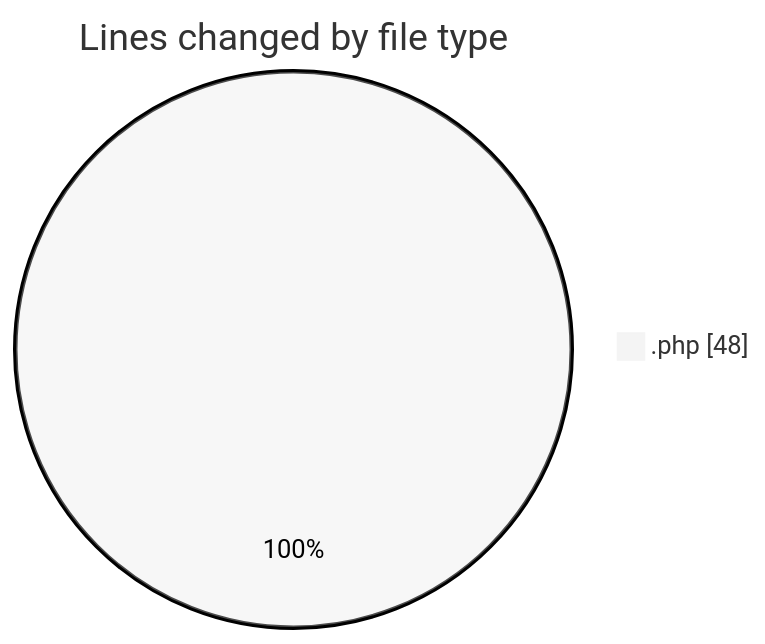
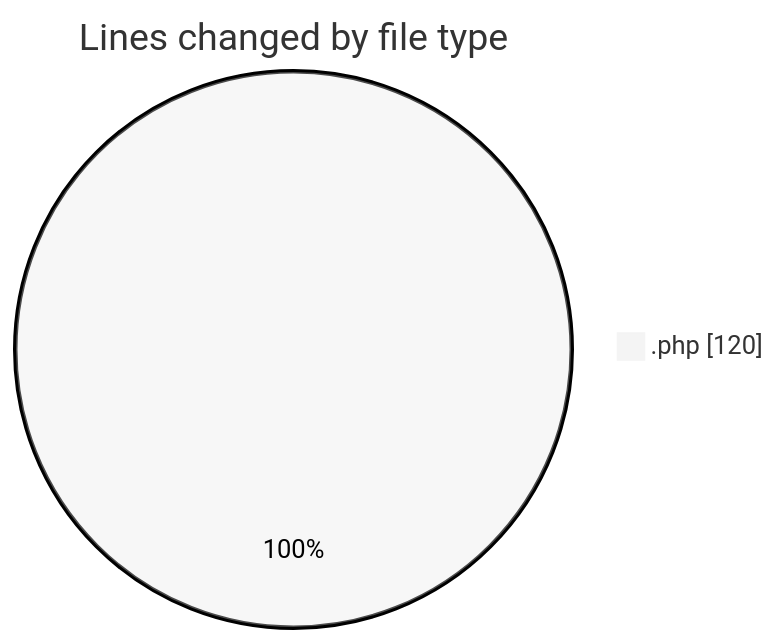
One commit to debugP/code-tracking changed the first of 2 diagrams in 2026-09-17/untitled__workspace_/README.md. Above: the diagram before and after it, drawn with Mermaid (neutral theme). The commit also changed other lines of this file and 1 other file, not shown here.

````diff
--- a/2026-09-17/untitled__workspace_/README.md
+++ b/2026-09-17/untitled__workspace_/README.md
@@ -20,5 +21,5 @@
 ```mermaid
 pie showData
 title Lines changed by file type
-".php" : 48
+".php" : 120
 ```
````
